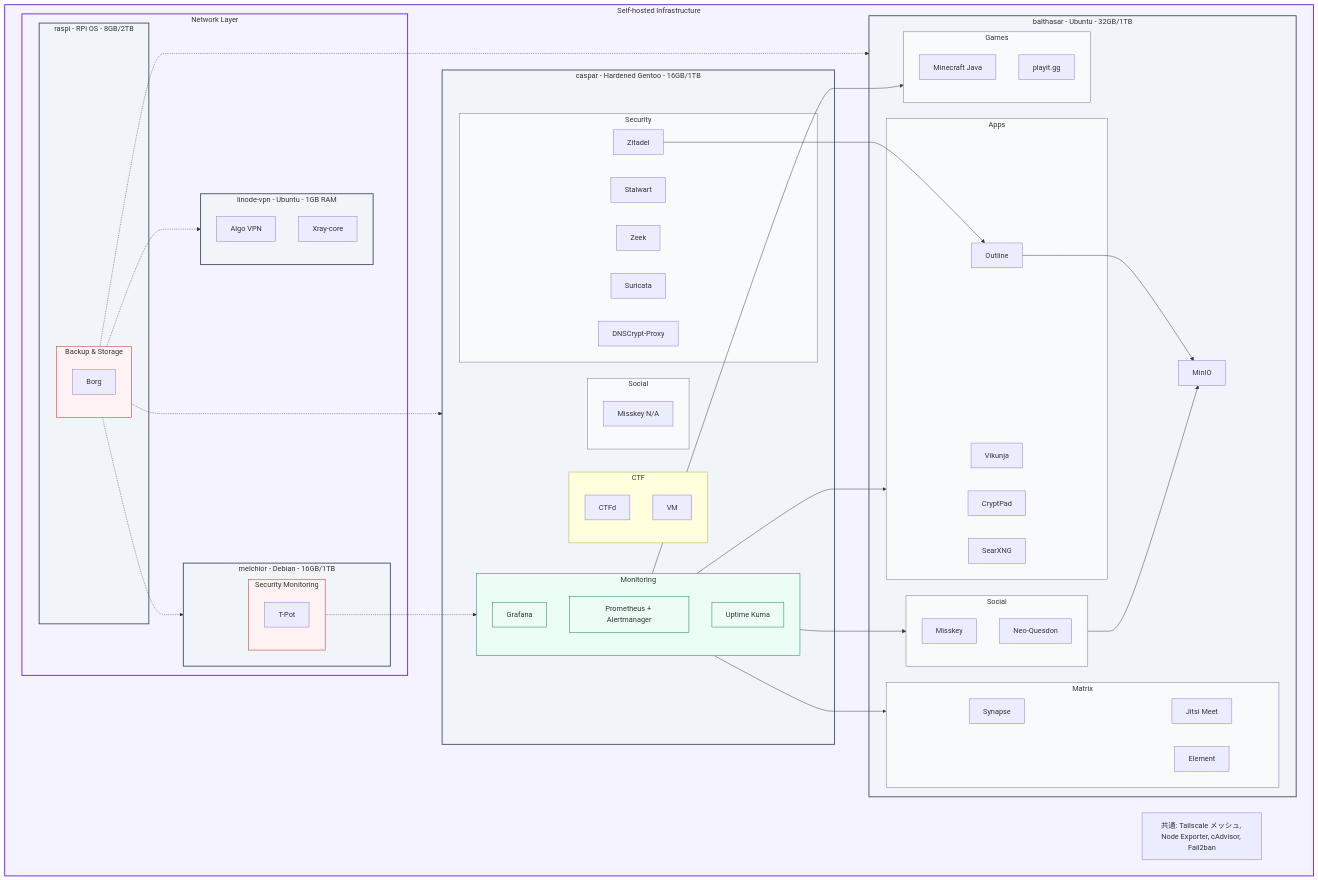
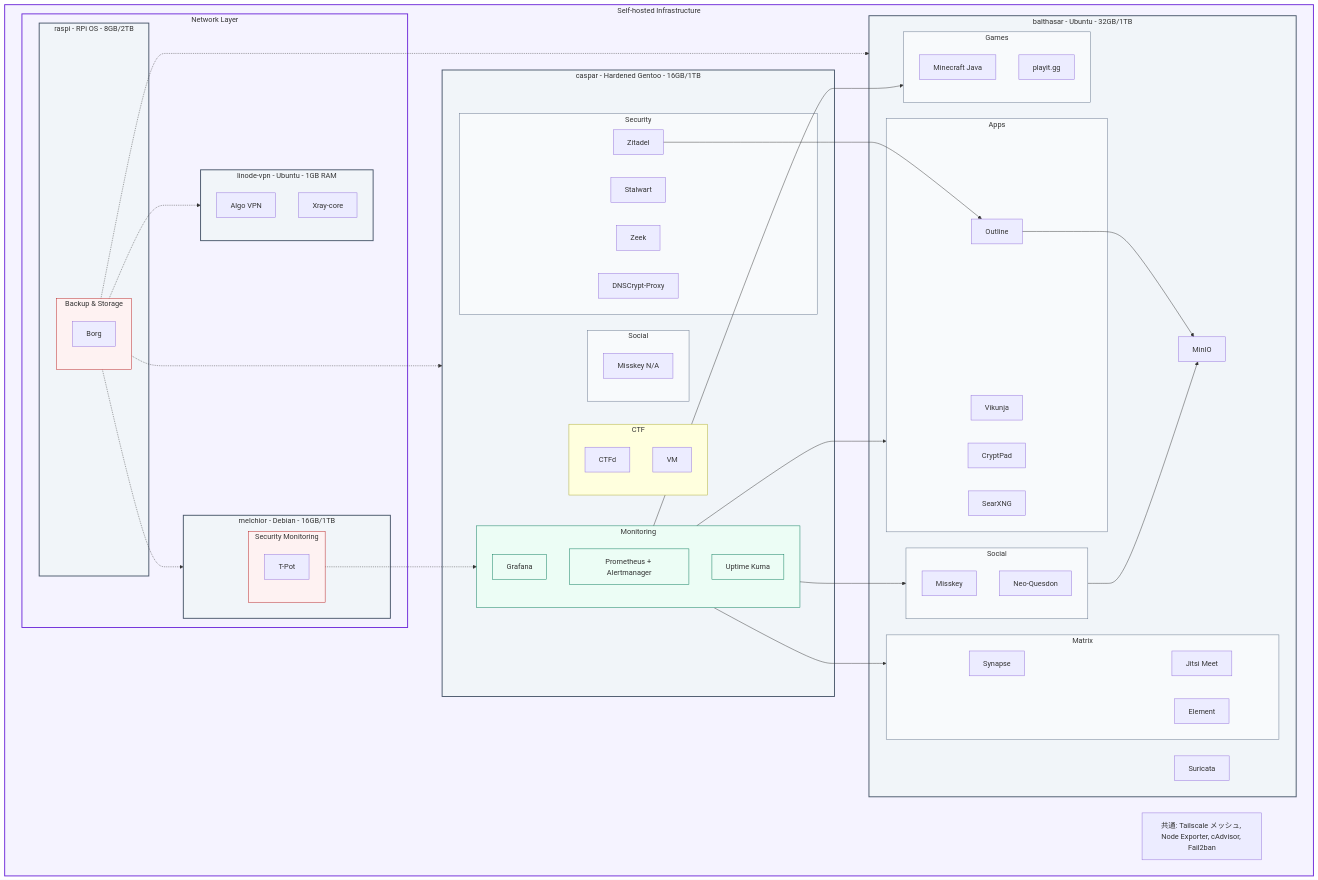
The diagram in README.md (yamisskey-dev/hosted-list), drawn with Mermaid before and after one commit.

```diff
--- a/README.md
+++ b/README.md
@@ -34,7 +34,6 @@
             zitadel[Zitadel]
             stalwart[Stalwart]
             zeek[Zeek]
-            suricata[Suricata]
             dnscrypt-proxy[DNSCrypt-Proxy]
         end
         subgraph monitoring[Monitoring]
@@ -52,6 +51,7 @@
     end
     
     subgraph balthasar[balthasar - Ubuntu - 32GB/1TB]
+        suricata[Suricata]
         minio[MinIO]
         subgraph social[Social]
             yamisskey[Misskey]
```
